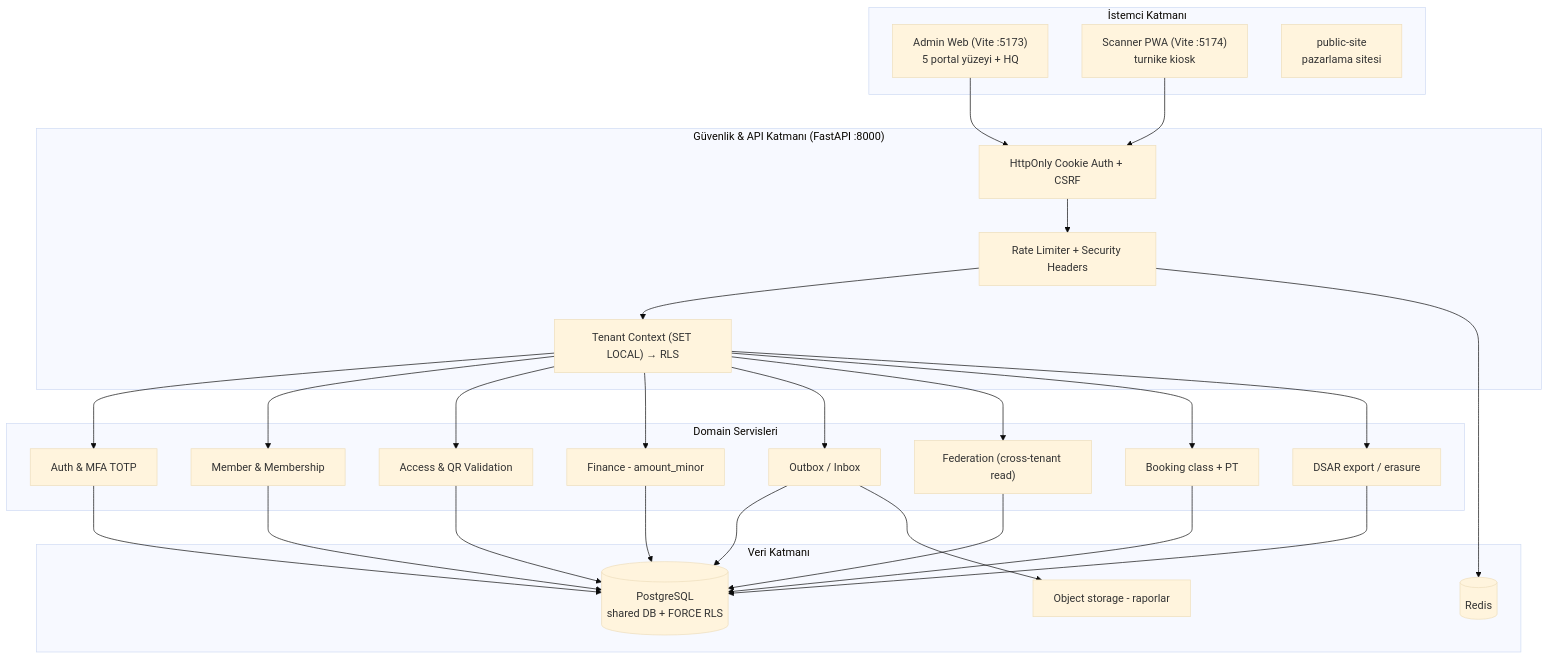
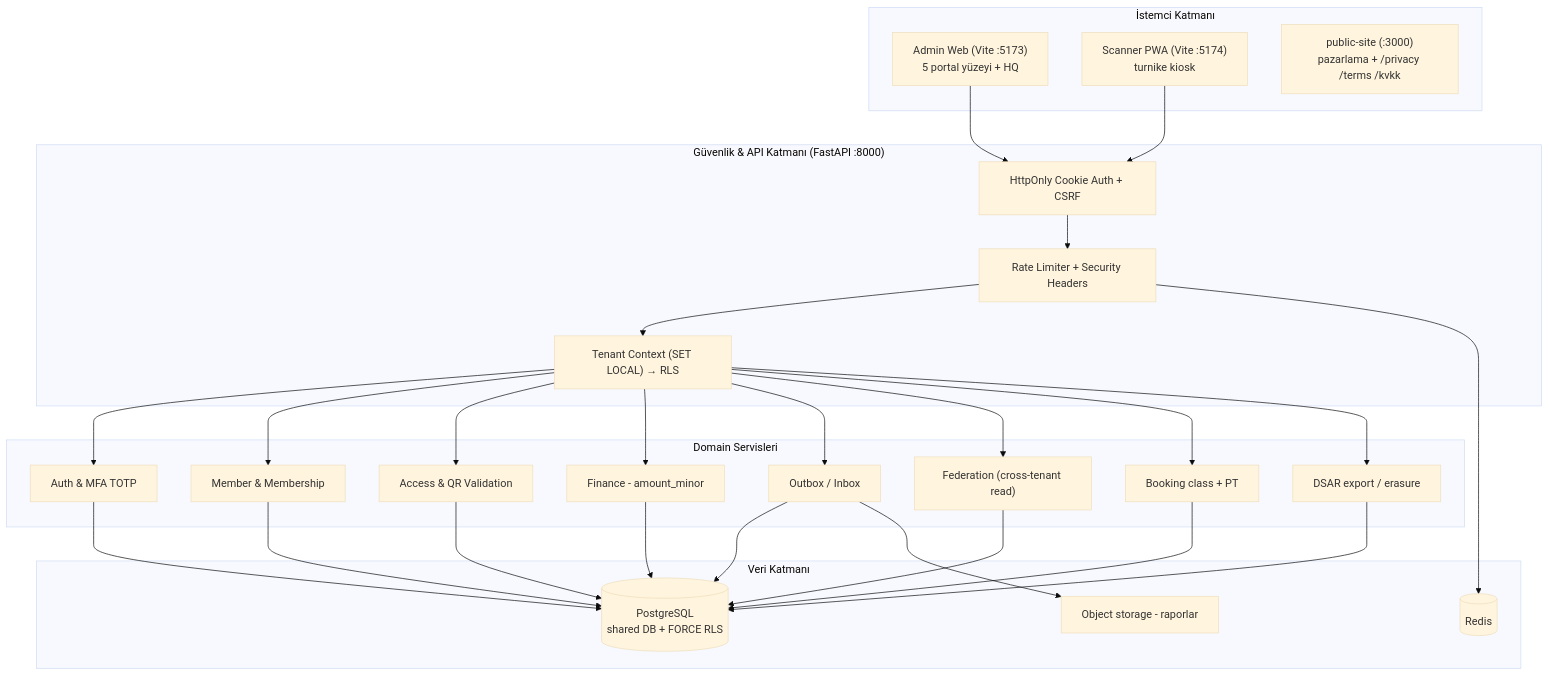
One commit to NexFabric/fitness-network-os changed the first of 5 diagrams in docs/ARCHITECTURE.md. Above: the diagram before and after it, drawn with Mermaid (base theme). The commit also changed other lines of this file and 4 other files, not shown here.

````diff
--- a/docs/ARCHITECTURE.md
+++ b/docs/ARCHITECTURE.md
@@ -19,39 +19,39 @@
 ```mermaid
 graph TD
     subgraph Client_Layer ["İstemci Katmanı"]
         A["Admin Web (Vite :5173)<br/>5 portal yüzeyi + HQ"]
         B["Scanner PWA (Vite :5174)<br/>turnike kiosk"]
-        C["public-site<br/>pazarlama sitesi"]
+        C["public-site (:3000)<br/>pazarlama + /privacy /terms /kvkk"]
     end
 
     subgraph Gateway ["Güvenlik & API Katmanı (FastAPI :8000)"]
         D[HttpOnly Cookie Auth + CSRF]
         E[Rate Limiter + Security Headers]
         F["Tenant Context (SET LOCAL) → RLS"]
     end
 
     subgraph Domain ["Domain Servisleri"]
         G[Auth & MFA TOTP]
         H[Member & Membership]
         I[Access & QR Validation]
         J[Finance - amount_minor]
         K[Outbox / Inbox]
         L["Federation (cross-tenant read)"]
         P[Booking class + PT]
         Q[DSAR export / erasure]
     end
 
     subgraph Data ["Veri Katmanı"]
         M[("PostgreSQL<br/>shared DB + FORCE RLS")]
         N[(Redis)]
         O[Object storage - raporlar]
     end
 
     A --> D
     B --> D
     D --> E --> F
     F --> G & H & I & J & K & L & P & Q
     G & H & I & J & K & L & P & Q --> M
     E --> N
     K --> O
 ```
````
